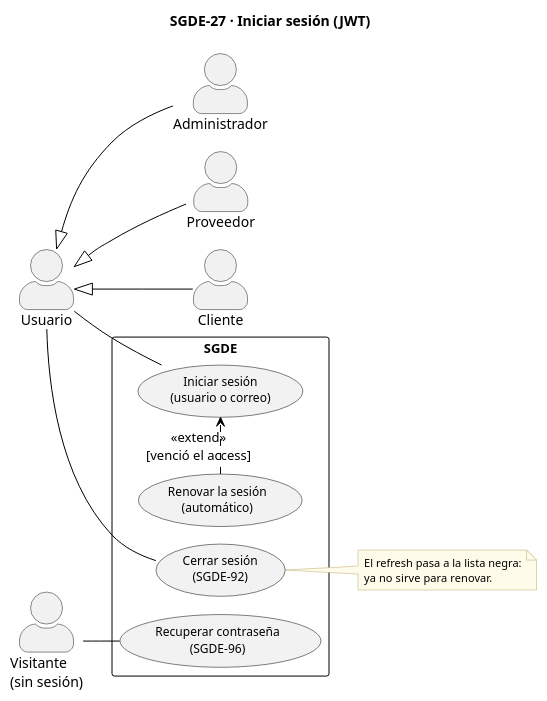
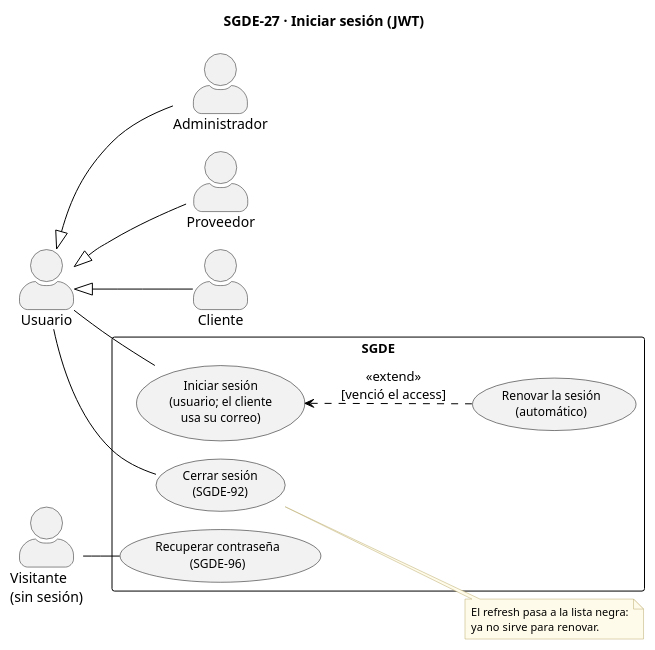
One commit to AndreCamx2/Gestion-De-Eventos changed the diagram in docs/casos_uso_sgde/SGDE-27_Iniciar_sesion.puml. Above: the diagram before and after it, drawn with PlantUML. The commit also changed 25 other files, not shown here.

```diff
--- a/docs/casos_uso_sgde/SGDE-27_Iniciar_sesion.puml
+++ b/docs/casos_uso_sgde/SGDE-27_Iniciar_sesion.puml
@@ -1,50 +1,50 @@
 @startuml SGDE-27_Iniciar_sesion
 !pragma layout smetana
 left to right direction
 skinparam backgroundColor white
 skinparam usecase {
   BackgroundColor #F2F2F2
   BorderColor black
   FontSize 12
 }
 skinparam rectangle {
   BorderColor black
   FontSize 13
   FontStyle bold
 }
 skinparam note {
   BackgroundColor #FFFBEA
   BorderColor #B8A86B
   FontSize 11
 }
 skinparam ArrowColor black
 skinparam actorStyle awesome
 title SGDE-27 · Iniciar sesión (JWT)
 
 actor "Usuario" as US
 actor "Administrador" as AD
 actor "Proveedor" as PR
 actor "Cliente" as CL
 actor "Visitante\n(sin sesión)" as VI
 
 AD -up-|> US
 PR -up-|> US
 CL -up-|> US
 
 rectangle "SGDE" {
-  usecase "Iniciar sesión\n(usuario o correo)" as UC1
+  usecase "Iniciar sesión\n(usuario; el cliente\nusa su correo)" as UC1
   usecase "Renovar la sesión\n(automático)" as UC2
   usecase "Cerrar sesión\n(SGDE-92)" as UC3
   usecase "Recuperar contraseña\n(SGDE-96)" as UC4
 }
 
 US -- UC1
 US -- UC3
 VI -- UC4
-UC2 .> UC1 : <<extend>>\n[venció el access]
+UC1 <.. UC2 : <<extend>>\n[venció el access]
 
 note right of UC3
   El refresh pasa a la lista negra:
   ya no sirve para renovar.
 end note
 @enduml
```
